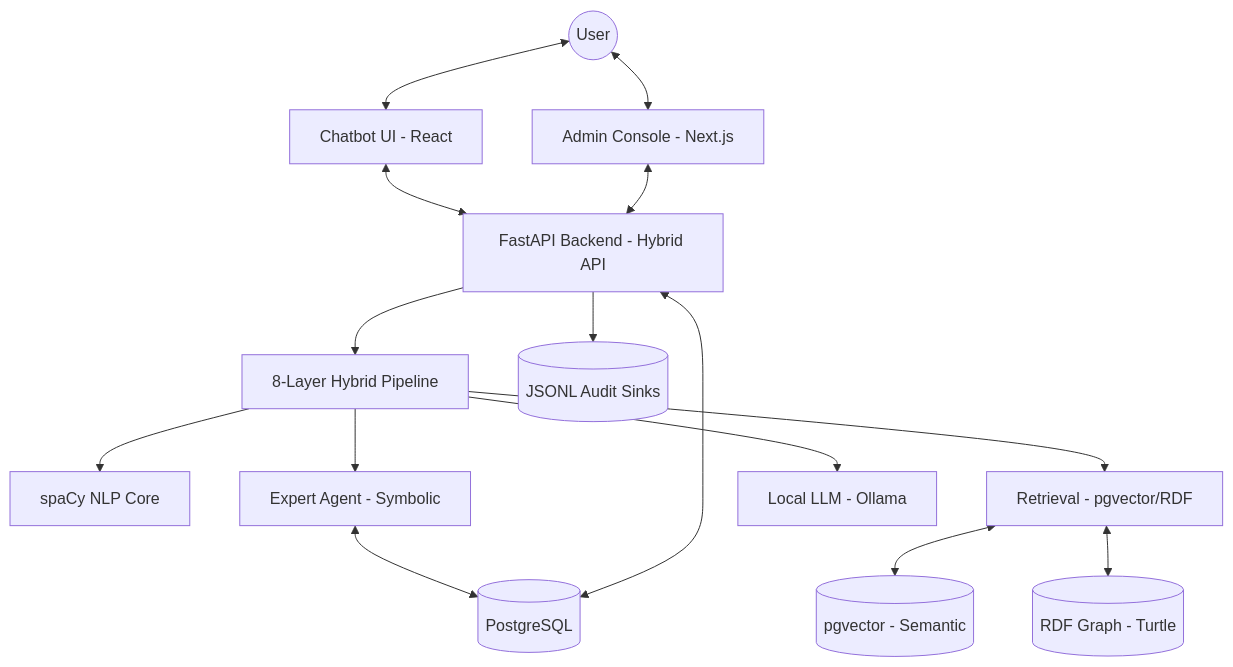
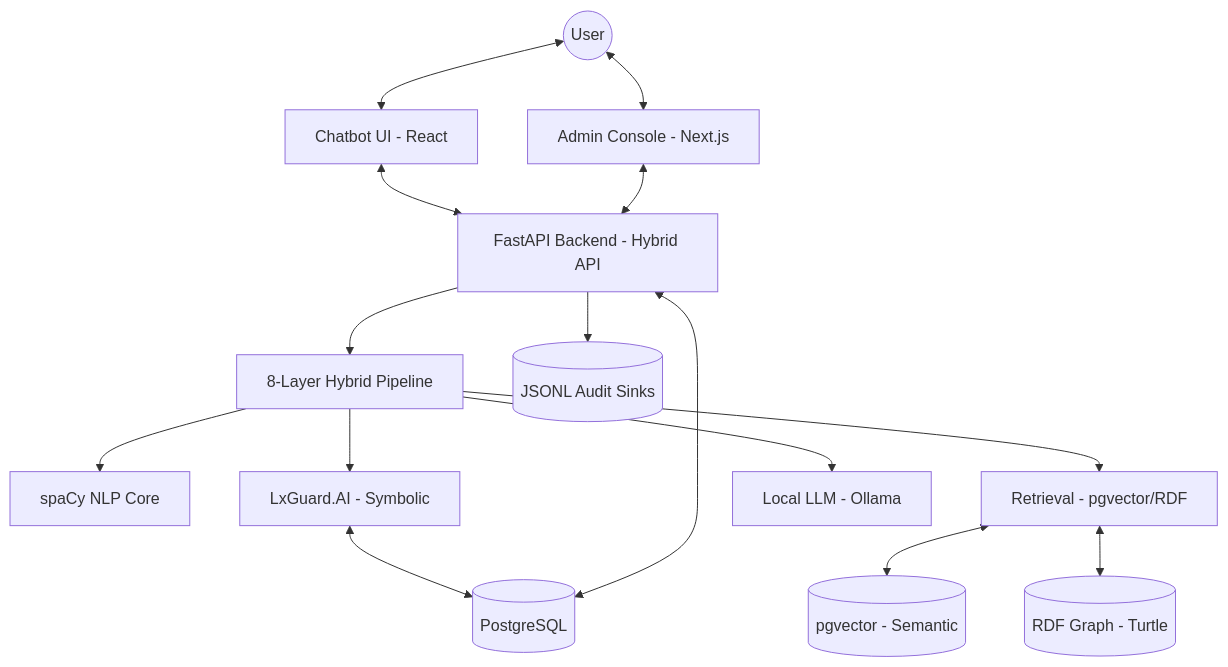
One commit to Lxmokdr/LxGuard.AI changed the first of 3 diagrams in docs/TECHNICAL_DOCUMENTATION.md. Above: the diagram before and after it, drawn with Mermaid. The commit also changed other lines of this file and 38 other files, not shown here.

````diff
--- a/docs/TECHNICAL_DOCUMENTATION.md
+++ b/docs/TECHNICAL_DOCUMENTATION.md
@@ -26,35 +26,35 @@
 ```mermaid
 graph TD
     User((User))
     ChatUI[Chatbot UI - React]
     AdminUI[Admin Console - Next.js]
     API[FastAPI Backend - Hybrid API]
     
     SubGraph_Layer[8-Layer Hybrid Pipeline]
     NLP[spaCy NLP Core]
-    Expert[Expert Agent - Symbolic]
+    Expert[LxGuard.AI - Symbolic]
     Retrieval[Retrieval - pgvector/RDF]
     Ollama[Local LLM - Ollama]
     
     DB[(PostgreSQL)]
     Vector[(pgvector - Semantic)]
     KG[(RDF Graph - Turtle)]
     JSONL[(JSONL Audit Sinks)]
     
     User <--> ChatUI
     User <--> AdminUI
     ChatUI <--> API
     AdminUI <--> API
     
     API --> SubGraph_Layer
     SubGraph_Layer --> NLP
     SubGraph_Layer --> Expert
     SubGraph_Layer --> Retrieval
     SubGraph_Layer --> Ollama
     
     Retrieval <--> Vector
     Retrieval <--> KG
     Expert <--> DB
     API <--> DB
     API --> JSONL
 ```
````
